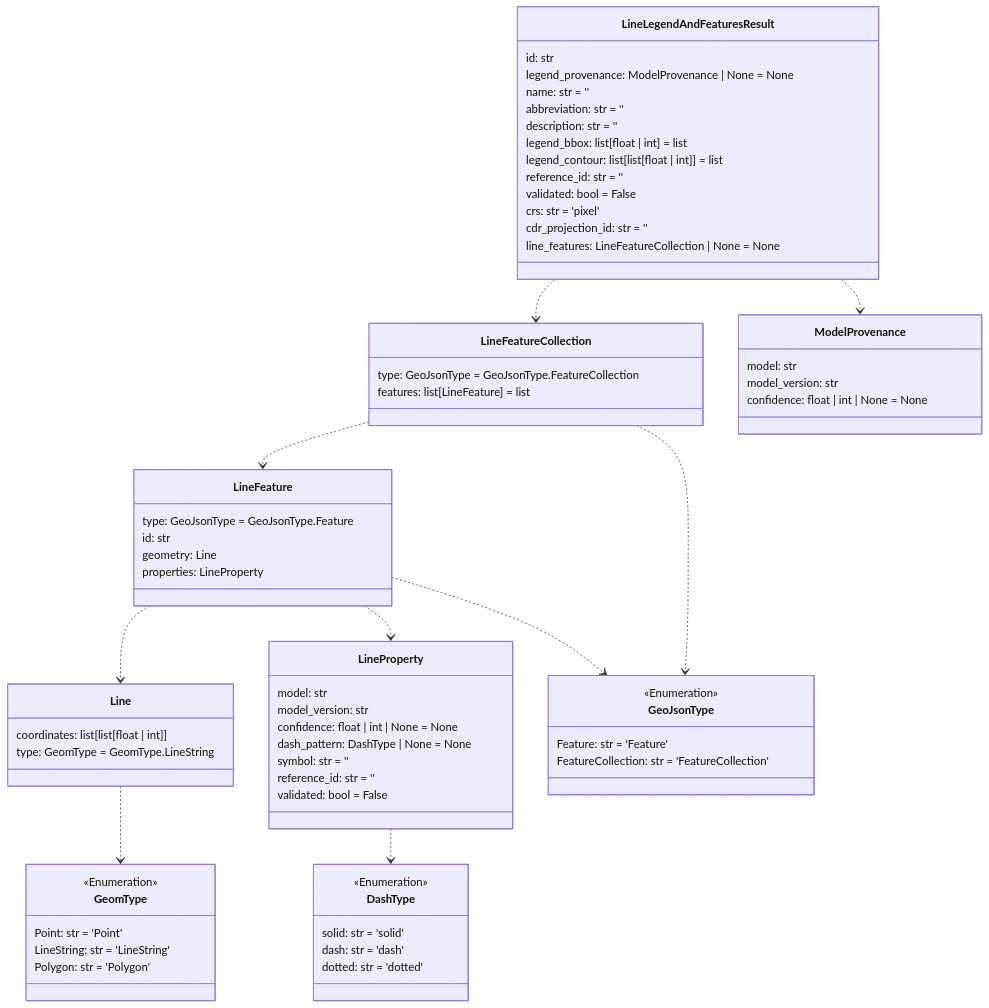
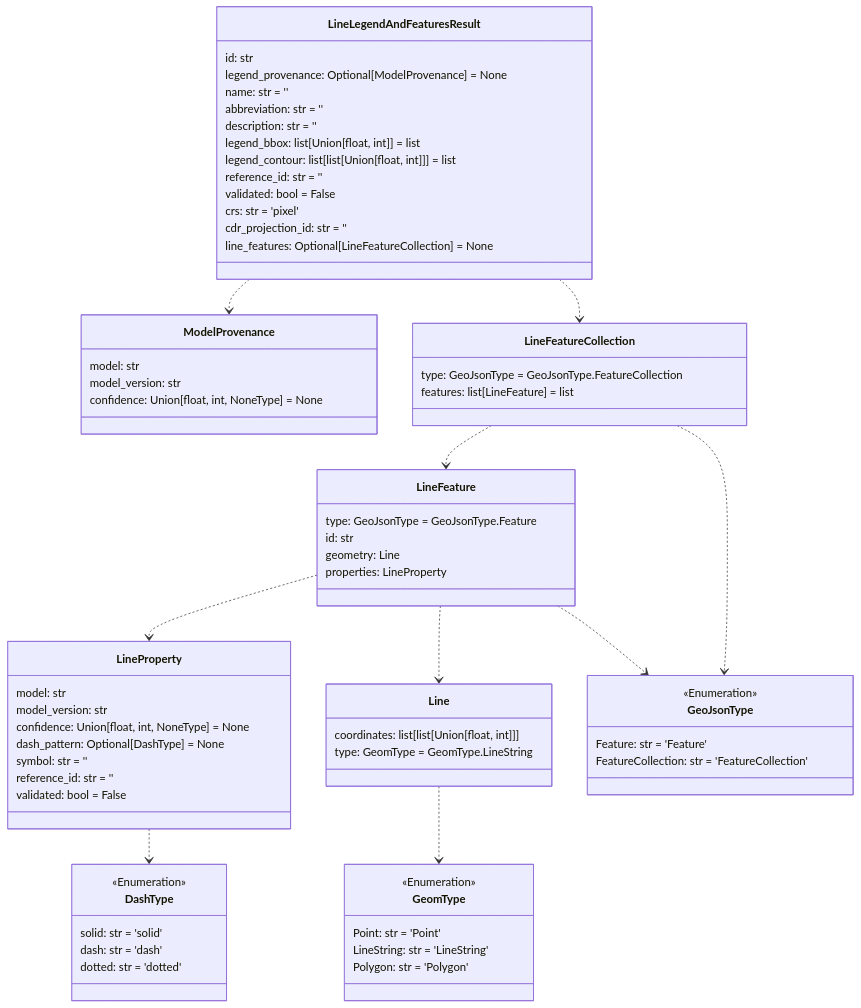
Before and after one commit to DARPA-CRITICALMAAS/cdr_schemas: the sixth of 14 diagrams in README.md, drawn with Mermaid. The commit also changed other lines of this file and 1 other file, not shown here.

````diff
--- a/README.md
+++ b/README.md
@@ -452,83 +452,83 @@
 ```mermaid
 classDiagram
+
+    class Line {
+        coordinates: list[list[Union[float, int]]]
+        type: GeomType = GeomType.LineString
+    }
+
+    class GeomType {
+        <<Enumeration>>
+        Point: str = 'Point'
+        LineString: str = 'LineString'
+        Polygon: str = 'Polygon'
+    }
+
+    class ModelProvenance {
+        model: str
+        model_version: str
+        confidence: Union[float, int, NoneType] = None
+    }
+
+    class LineProperty {
+        model: str
+        model_version: str
+        confidence: Union[float, int, NoneType] = None
+        dash_pattern: Optional[DashType] = None
+        symbol: str = ''
+        reference_id: str = ''
+        validated: bool = False
+    }
+
+    class LineFeatureCollection {
+        type: GeoJsonType = GeoJsonType.FeatureCollection
+        features: list[LineFeature] = list
+    }
 
     class LineFeature {
         type: GeoJsonType = GeoJsonType.Feature
         id: str
         geometry: Line
         properties: LineProperty
     }
 
-    class Line {
-        coordinates: list[list[float | int]]
-        type: GeomType = GeomType.LineString
-    }
-
-    class GeomType {
-        <<Enumeration>>
-        Point: str = 'Point'
-        LineString: str = 'LineString'
-        Polygon: str = 'Polygon'
+    class LineLegendAndFeaturesResult {
+        id: str
+        legend_provenance: Optional[ModelProvenance] = None
+        name: str = ''
+        abbreviation: str = ''
+        description: str = ''
+        legend_bbox: list[Union[float, int]] = list
+        legend_contour: list[list[Union[float, int]]] = list
+        reference_id: str = ''
+        validated: bool = False
+        crs: str = 'pixel'
+        cdr_projection_id: str = ''
+        line_features: Optional[LineFeatureCollection] = None
     }
 
     class DashType {
         <<Enumeration>>
         solid: str = 'solid'
         dash: str = 'dash'
         dotted: str = 'dotted'
     }
 
     class GeoJsonType {
         <<Enumeration>>
         Feature: str = 'Feature'
         FeatureCollection: str = 'FeatureCollection'
     }
 
-    class LineFeatureCollection {
-        type: GeoJsonType = GeoJsonType.FeatureCollection
-        features: list[LineFeature] = list
-    }
-
-    class LineLegendAndFeaturesResult {
-        id: str
-        legend_provenance: ModelProvenance | None = None
-        name: str = ''
-        abbreviation: str = ''
-        description: str = ''
-        legend_bbox: list[float | int] = list
-        legend_contour: list[list[float | int]] = list
-        reference_id: str = ''
-        validated: bool = False
-        crs: str = 'pixel'
-        cdr_projection_id: str = ''
-        line_features: LineFeatureCollection | None = None
-    }
-
-    class ModelProvenance {
-        model: str
-        model_version: str
-        confidence: float | int | None = None
-    }
-
-    class LineProperty {
-        model: str
-        model_version: str
-        confidence: float | int | None = None
-        dash_pattern: DashType | None = None
-        symbol: str = ''
-        reference_id: str = ''
-        validated: bool = False
-    }
-
     Line ..> GeomType
     LineProperty ..> DashType
-    LineFeature ..> Line
     LineFeature ..> LineProperty
     LineFeature ..> GeoJsonType
+    LineFeature ..> Line
+    LineFeatureCollection ..> GeoJsonType
     LineFeatureCollection ..> LineFeature
-    LineFeatureCollection ..> GeoJsonType
+    LineLegendAndFeaturesResult ..> ModelProvenance
     LineLegendAndFeaturesResult ..> LineFeatureCollection
-    LineLegendAndFeaturesResult ..> ModelProvenance
 
 
 ```
````
